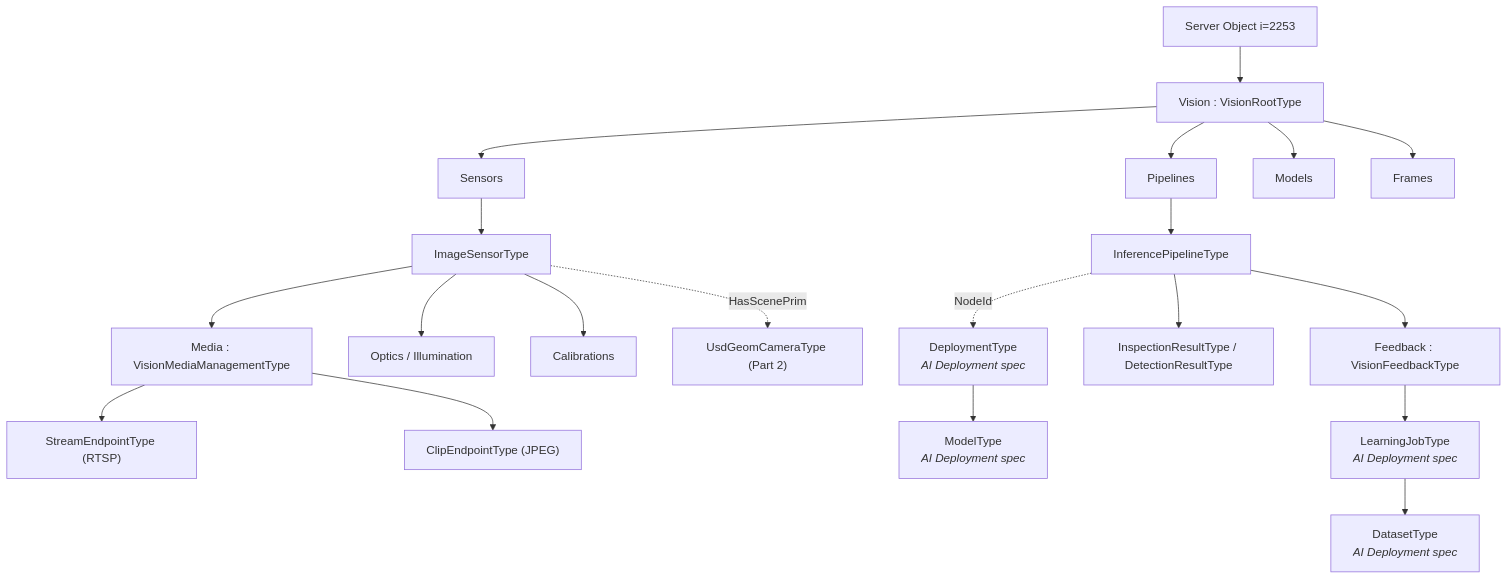
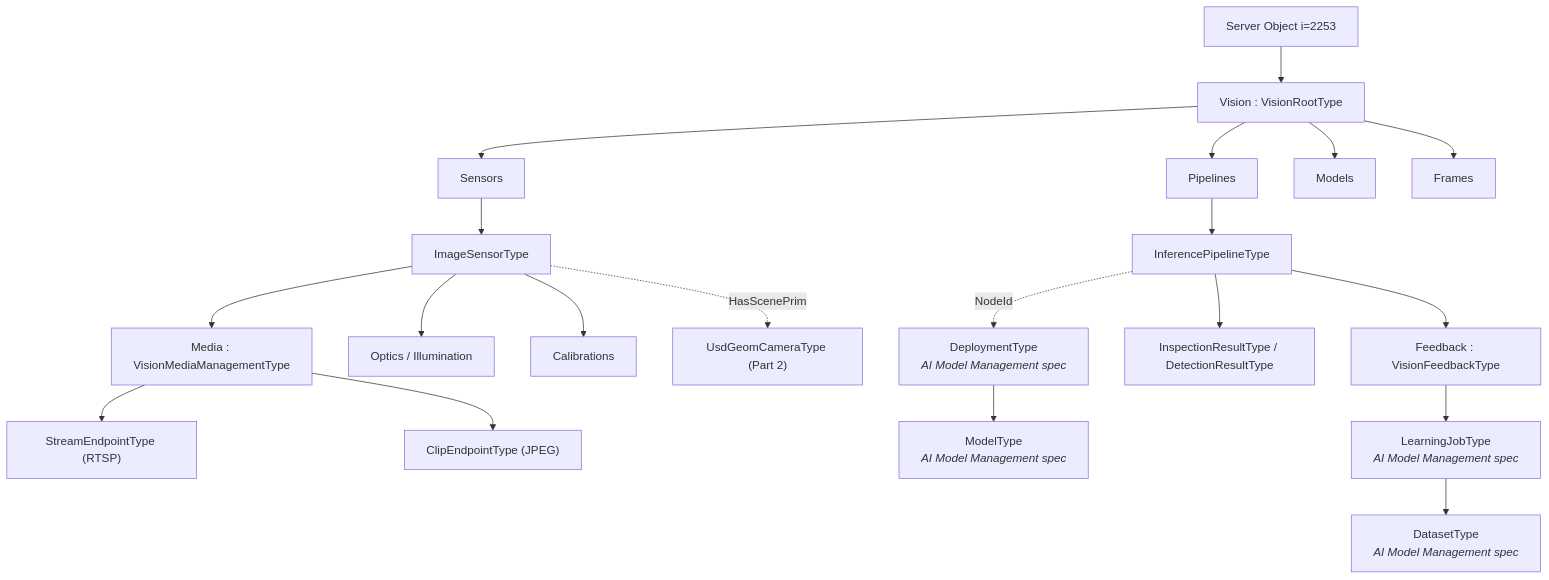
The first of 10 diagrams in metaverse-specs/vision/OPC-UA-Vision.md (marcschier/opcua-drafts), drawn with Mermaid before and after one commit. The commit also changed other lines of this file and 17 other files, not shown here.

````diff
--- a/metaverse-specs/vision/OPC-UA-Vision.md
+++ b/metaverse-specs/vision/OPC-UA-Vision.md
@@ -148,25 +148,25 @@
 ```mermaid
 graph TD
     SRV["Server Object i=2253"] --> ROOT["Vision : VisionRootType"]
     ROOT --> SENS["Sensors"]
     ROOT --> PIPES["Pipelines"]
     ROOT --> MODELS["Models"]
     ROOT --> FRAMES["Frames"]
 
     SENS --> CAM["ImageSensorType"]
     CAM --> MEDIA["Media : VisionMediaManagementType"]
     MEDIA --> STREAM["StreamEndpointType (RTSP)"]
     MEDIA --> CLIP["ClipEndpointType (JPEG)"]
     CAM --> OPTICS["Optics / Illumination"]
     CAM --> CAL["Calibrations"]
 
     PIPES --> PIPE["InferencePipelineType"]
-    PIPE -.NodeId.-> DEPLOY["DeploymentType<br/><i>AI Deployment spec</i>"]
-    DEPLOY --> MODEL["ModelType<br/><i>AI Deployment spec</i>"]
+    PIPE -.NodeId.-> DEPLOY["DeploymentType<br/><i>AI Model Management spec</i>"]
+    DEPLOY --> MODEL["ModelType<br/><i>AI Model Management spec</i>"]
     PIPE --> RESULT["InspectionResultType / DetectionResultType"]
     PIPE --> FB["Feedback : VisionFeedbackType"]
-    FB --> LEARN["LearningJobType<br/><i>AI Deployment spec</i>"]
-    LEARN --> DATASET["DatasetType<br/><i>AI Deployment spec</i>"]
+    FB --> LEARN["LearningJobType<br/><i>AI Model Management spec</i>"]
+    LEARN --> DATASET["DatasetType<br/><i>AI Model Management spec</i>"]
 
     CAM -.HasScenePrim.-> PRIM["UsdGeomCameraType (Part 2)"]
 ```
````
